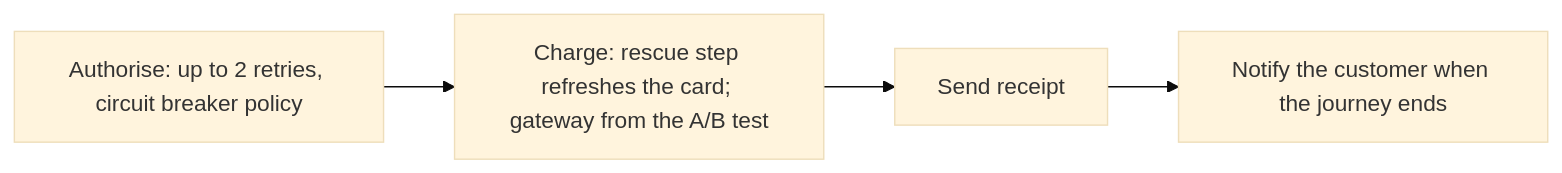
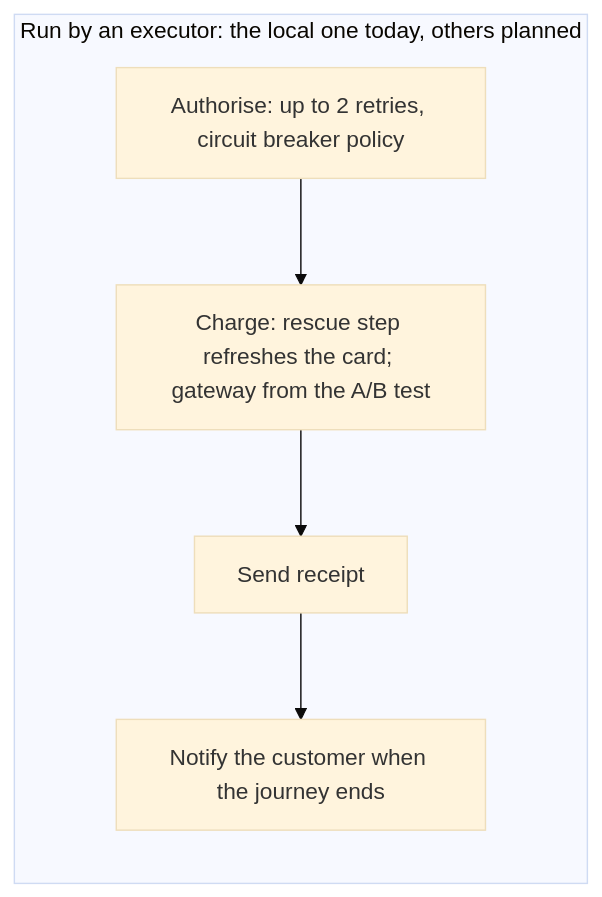
The second of 3 diagrams in content/why.md (itinera-dev/itinera-dev.github.io), drawn with Mermaid (base theme) before and after one commit. The commit also changed other lines of this file and 4 other files, not shown here.

````diff
--- a/content/why.md
+++ b/content/why.md
@@ -139,8 +139,10 @@
 ```mermaid
 flowchart LR
     accTitle: The payment workflow
-    accDescr: Three steps in order, authorise, charge and send receipt, then the customer is notified when the journey ends. Authorise may be retried twice and has the circuit breaker policy. Charge has a rescue step that refreshes the card, and its gateway comes from the A/B test provider.
+    accDescr: Three steps in order, authorise, charge and send receipt, then the customer is notified when the journey ends. Authorise may be retried twice and has the circuit breaker policy. Charge has a rescue step that refreshes the card, and its gateway comes from the A/B test provider. An executor runs all of it: the local one today, and others when they come, with nothing in the workflow changed.
+    subgraph EX[Run by an executor: the local one today, others planned]
     A[Authorise: up to 2 retries, circuit breaker policy] --> C[Charge: rescue step refreshes the card; gateway from the A/B test]
     C --> S[Send receipt]
     S --> N[Notify the customer when the journey ends]
+    end
 ```
````
